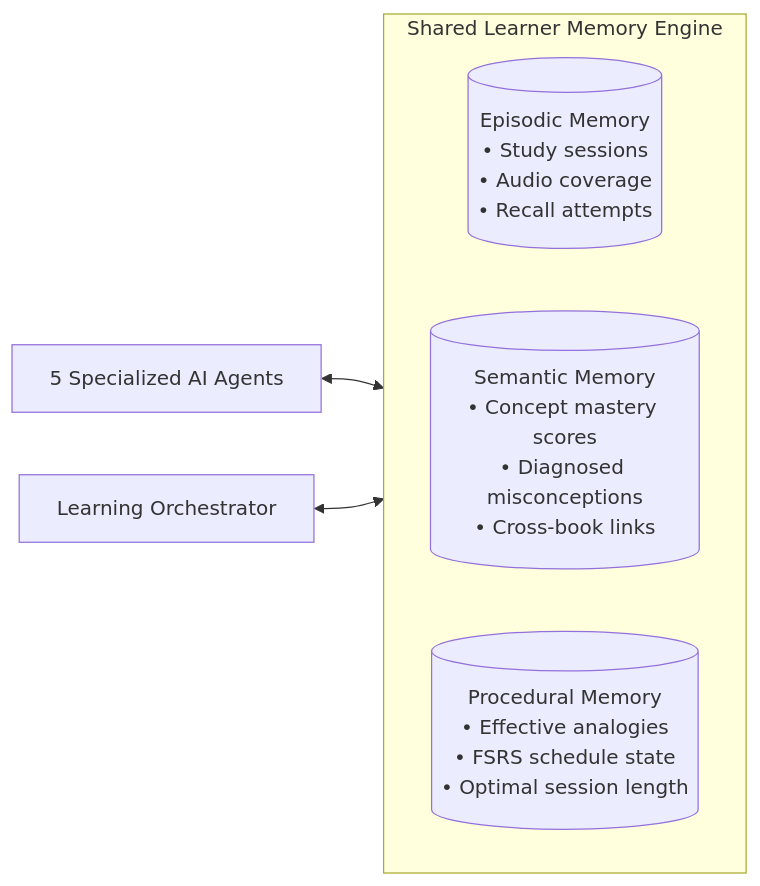
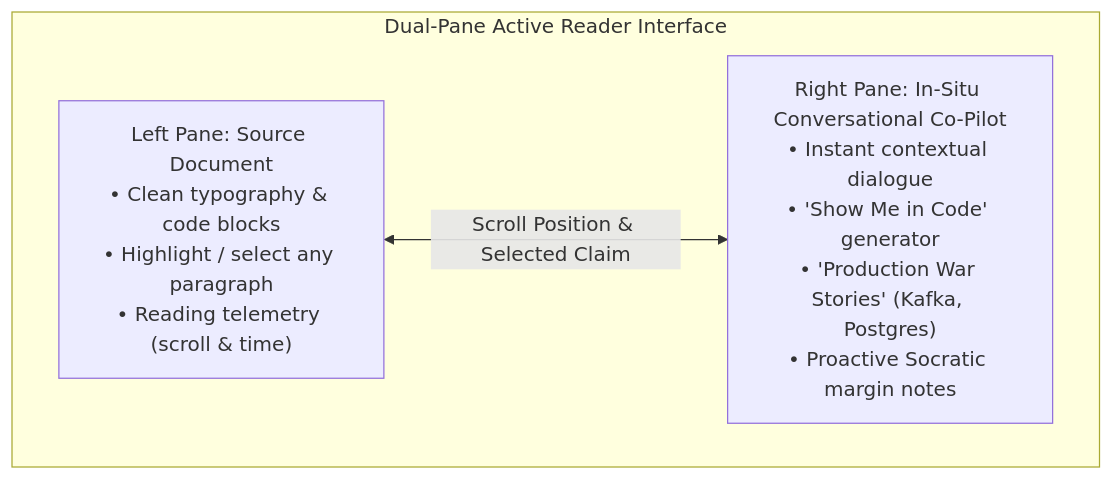
One commit to ansh0014/Mnemos changed the fourth of 7 diagrams in plan.md. Above: the diagram before and after it, drawn with Mermaid. The commit also changed other lines of this file and 19 other files, not shown here.

````diff
--- a/plan.md
+++ b/plan.md
@@ -304,12 +151,10 @@
 ```mermaid
 flowchart LR
-    subgraph MemoryStore ["Shared Learner Memory Engine"]
+    subgraph ActiveReaderUI ["Dual-Pane Active Reader Interface"]
         direction LR
-        Episodic[("Episodic Memory<br>• Study sessions<br>• Audio coverage<br>• Recall attempts")]
-        Semantic[("Semantic Memory<br>• Concept mastery scores<br>• Diagnosed misconceptions<br>• Cross-book links")]
-        Procedural[("Procedural Memory<br>• Effective analogies<br>• FSRS schedule state<br>• Optimal session length")]
+        LeftBook["Left Pane: Source Document<br>• Clean typography & code blocks<br>• Highlight / select any paragraph<br>• Reading telemetry (scroll & time)"]
+        RightCoPilot["Right Pane: In-Situ Conversational Co-Pilot<br>• Instant contextual dialogue<br>• 'Show Me in Code' generator<br>• 'Production War Stories' (Kafka, Postgres)<br>• Proactive Socratic margin notes"]
     end
 
-    Agents["5 Specialized AI Agents"] <--> MemoryStore
-    Orchestrator["Learning Orchestrator"] <--> MemoryStore
+    LeftBook <-->|"Scroll Position & Selected Claim"| RightCoPilot
 ```
````
